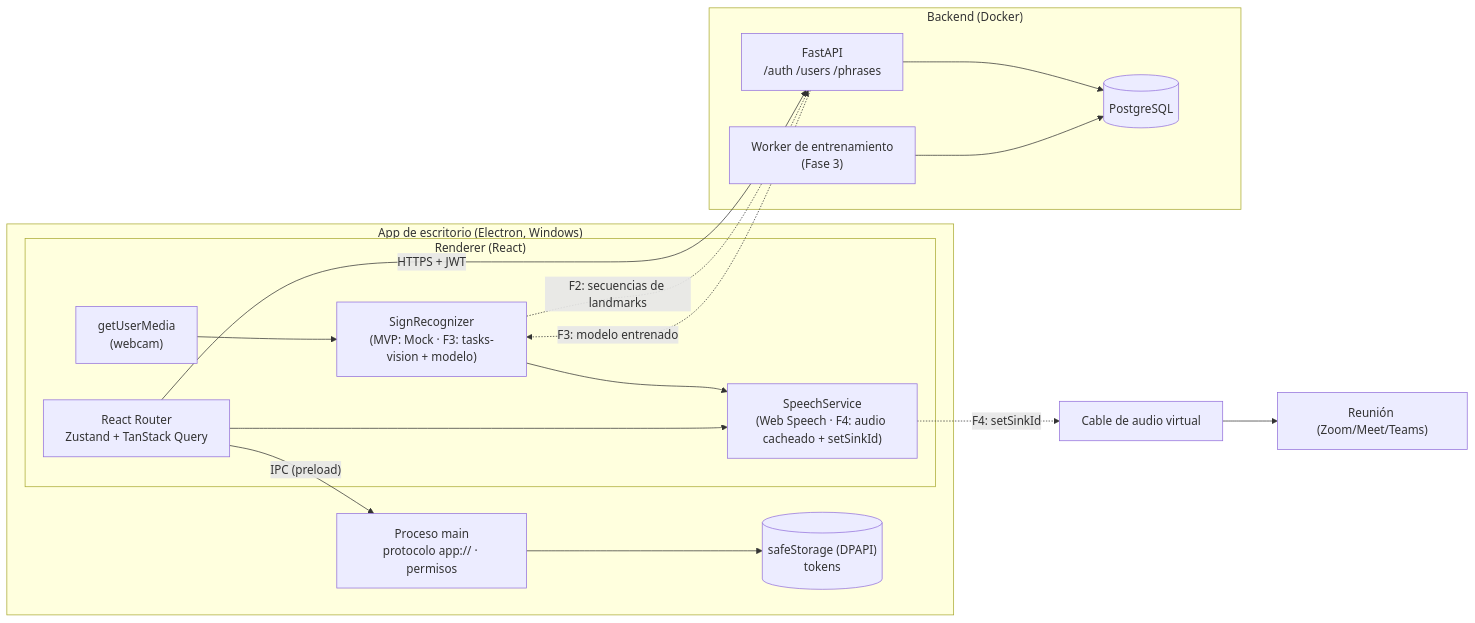
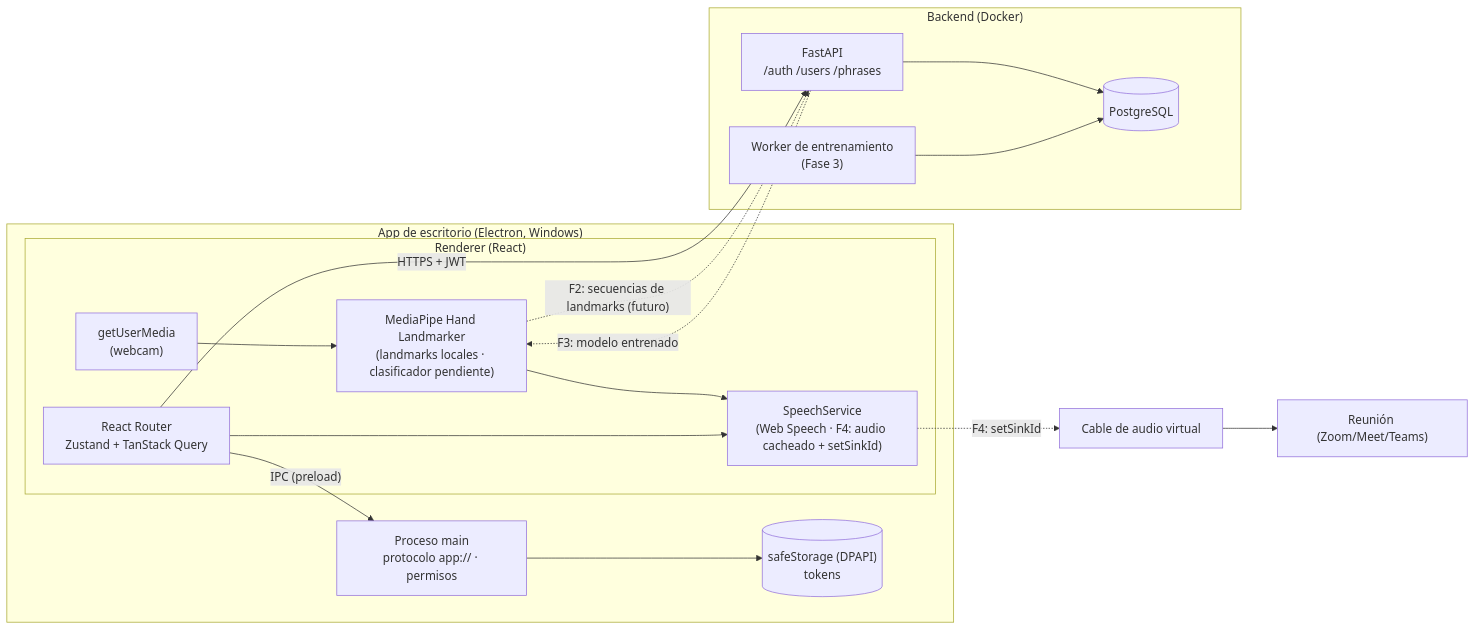
Before and after one commit to SantiagoTyrsArv/VISIONTS: the diagram in docs/ARCHITECTURE.md, drawn with Mermaid. The commit also changed other lines of this file and 19 other files, not shown here.

````diff
--- a/docs/ARCHITECTURE.md
+++ b/docs/ARCHITECTURE.md
@@ -5,32 +5,32 @@
 ```mermaid
 flowchart LR
   subgraph Desktop["App de escritorio (Electron, Windows)"]
     subgraph Renderer["Renderer (React)"]
       Cam["getUserMedia\n(webcam)"]
-      Rec["SignRecognizer\n(MVP: Mock · F3: tasks-vision + modelo)"]
+      Rec["MediaPipe Hand Landmarker\n(landmarks locales · clasificador pendiente)"]
       Speech["SpeechService\n(Web Speech · F4: audio cacheado + setSinkId)"]
       UI["React Router\nZustand + TanStack Query"]
       Cam --> Rec --> Speech
       UI --> Speech
     end
     Main["Proceso main\nprotocolo app:// · permisos"]
     Store[("safeStorage (DPAPI)\ntokens")]
     UI -- "IPC (preload)" --> Main --> Store
   end
 
   subgraph Server["Backend (Docker)"]
     API["FastAPI\n/auth /users /phrases"]
     DB[("PostgreSQL")]
     Worker["Worker de entrenamiento\n(Fase 3)"]
     API --> DB
     Worker --> DB
   end
 
   VCable["Cable de audio virtual"]
   Meet["Reunión (Zoom/Meet/Teams)"]
 
   UI -- "HTTPS + JWT" --> API
-  Rec -. "F2: secuencias de landmarks" .-> API
+  Rec -. "F2: secuencias de landmarks (futuro)" .-> API
   API -. "F3: modelo entrenado" .-> Rec
   Speech -. "F4: setSinkId" .-> VCable --> Meet
 ```
````
